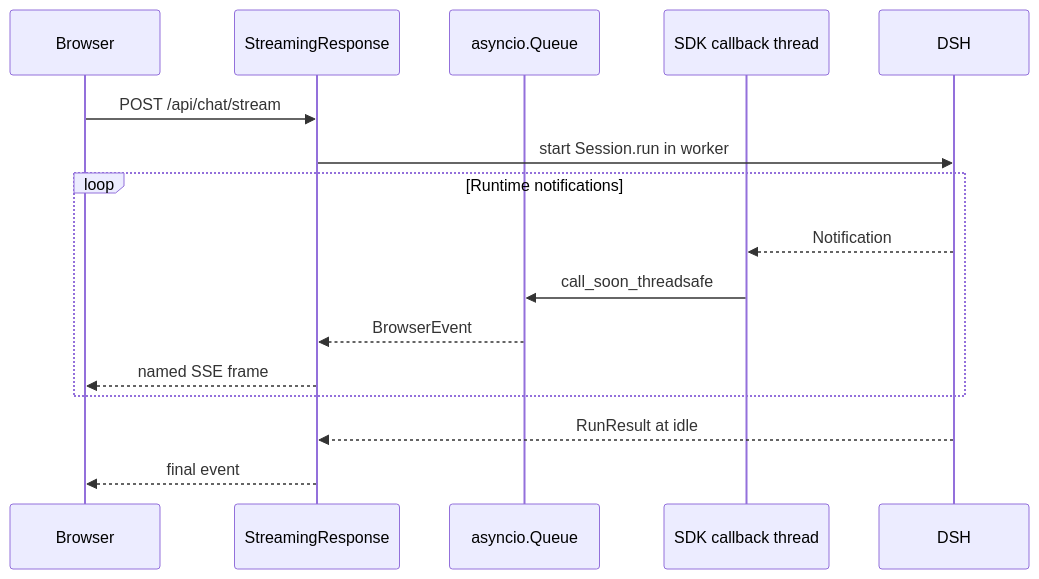
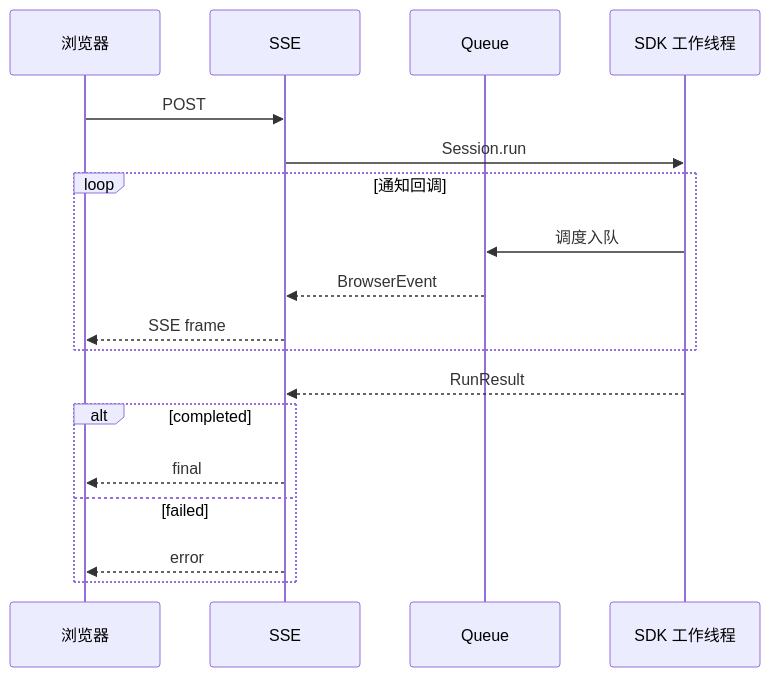
Before and after one commit to eriklee1895/hands-on-dsh: the diagram in tutorials/fastapi-101/src/dsh_fastapi_101/static/tutorials/02-sse-stream.md, drawn with Mermaid. The commit also changed other lines of this file and 86 other files, not shown here.

Commit message:
docs: improve course narrative, technical guidance, and diagrams

````diff
--- a/tutorials/fastapi-101/src/dsh_fastapi_101/static/tutorials/02-sse-stream.md
+++ b/tutorials/fastapi-101/src/dsh_fastapi_101/static/tutorials/02-sse-stream.md
@@ -31,18 +43,20 @@
 ```mermaid
 sequenceDiagram
-    participant Browser
-    participant SSE as StreamingResponse
-    participant Queue as asyncio.Queue
-    participant Callback as SDK callback thread
-    participant DSH
-    Browser->>SSE: POST /api/chat/stream
-    SSE->>DSH: start Session.run in worker
-    loop Runtime notifications
-        DSH-->>Callback: Notification
-        Callback->>Queue: call_soon_threadsafe
-        Queue-->>SSE: BrowserEvent
-        SSE-->>Browser: named SSE frame
+    participant B as 浏览器
+    participant S as SSE
+    participant Q as Queue
+    participant T as SDK 工作线程
+    B->>S: POST
+    S->>T: Session.run
+    loop 通知回调
+        T->>Q: 调度入队
+        Q-->>S: BrowserEvent
+        S-->>B: SSE frame
     end
-    DSH-->>SSE: RunResult at idle
-    SSE-->>Browser: final event
+    T-->>S: RunResult
+    alt completed
+        S-->>B: final
+    else failed
+        S-->>B: error
+    end
 ```
````
